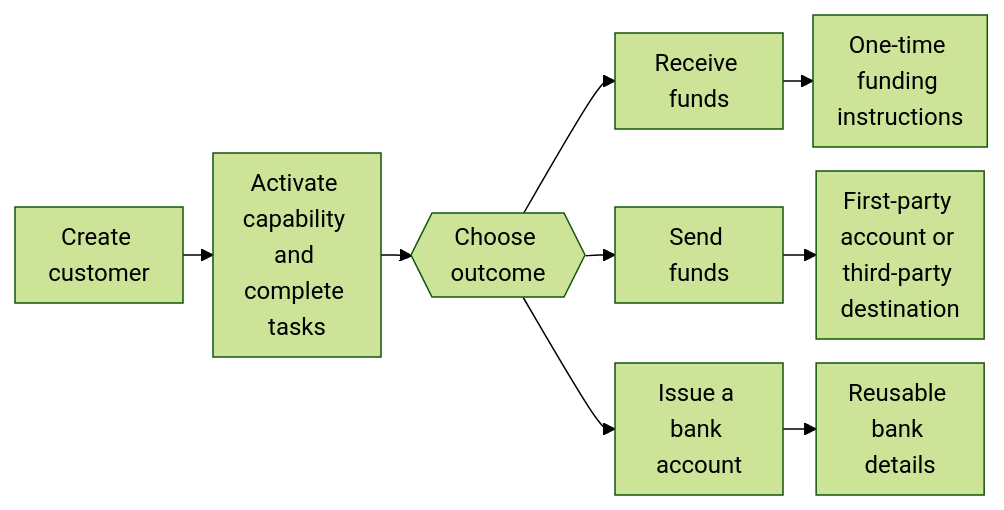
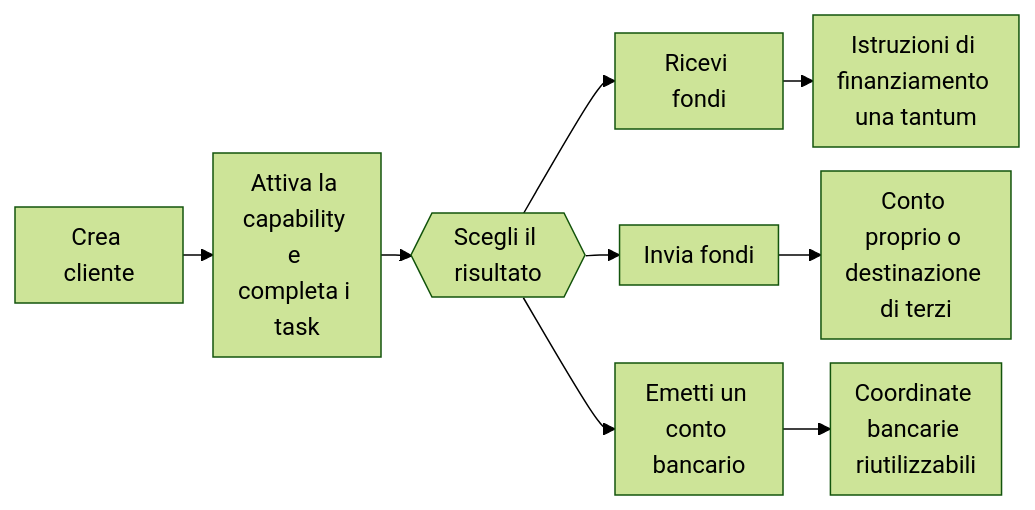
Before and after one commit to swipelux/public-docs: the diagram in it/integration/common-flows.mdx, drawn with Mermaid (forest theme). The commit also changed 285 other files, not shown here.

````diff
--- a/it/integration/common-flows.mdx
+++ b/it/integration/common-flows.mdx
@@ -8,12 +8,12 @@
 ```mermaid
 %%{init: {"flowchart": {"rankSpacing": 20, "nodeSpacing": 16, "wrappingWidth": 80, "padding": 8}}}%%
 flowchart LR
-  A["Create customer"] --> B["Activate capability and complete tasks"]
-  B --> C{{"Choose outcome"}}
-  C --> D["Receive funds"]
-  C --> E["Send funds"]
-  C --> F["Issue a bank account"]
-  D --> G["One-time funding instructions"]
-  E --> H["First-party account or third-party destination"]
-  F --> I["Reusable bank details"]
+  A["Crea cliente"] --> B["Attiva la capability e completa i task"]
+  B --> C{{"Scegli il risultato"}}
+  C --> D["Ricevi fondi"]
+  C --> E["Invia fondi"]
+  C --> F["Emetti un conto bancario"]
+  D --> G["Istruzioni di finanziamento una tantum"]
+  E --> H["Conto proprio o destinazione di terzi"]
+  F --> I["Coordinate bancarie riutilizzabili"]
 ```
````
